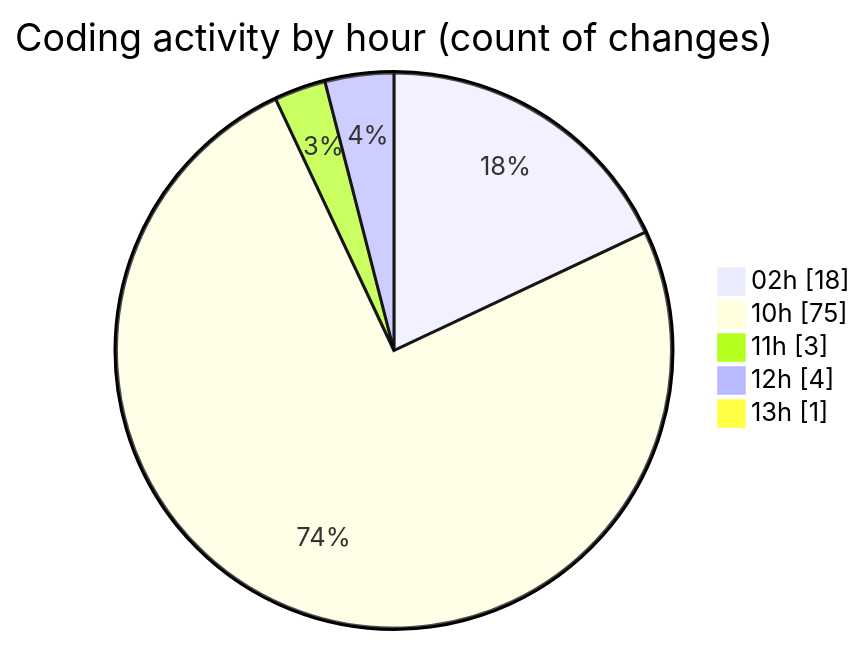
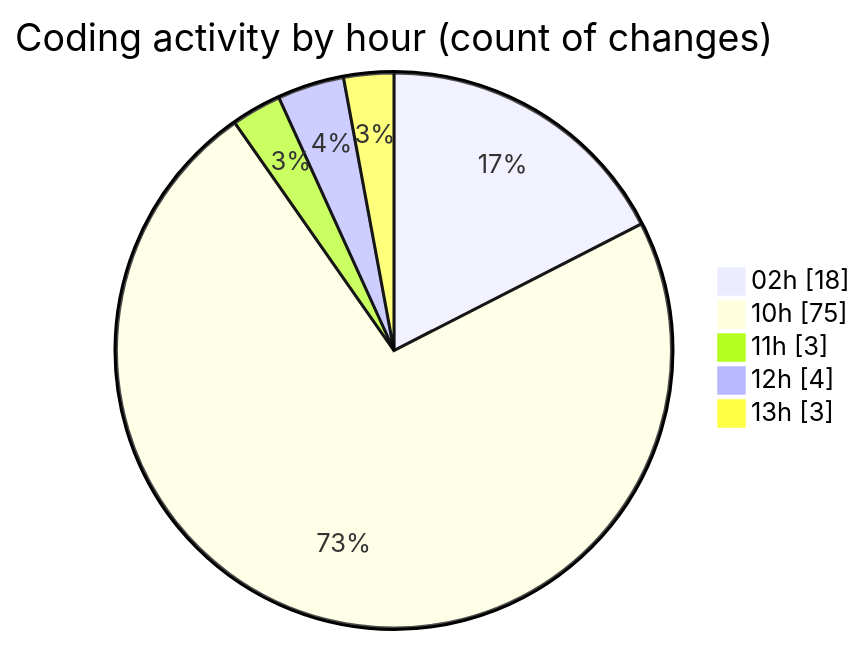
The second of 2 diagrams in 2026-07-08/twenty_versions_aminor/README.md (shibass792/code-tracking), drawn with Mermaid before and after one commit. The commit also changed other lines of this file and 1 other file, not shown here.

````diff
--- a/2026-07-08/twenty_versions_aminor/README.md
+++ b/2026-07-08/twenty_versions_aminor/README.md
@@ -33,9 +33,9 @@
 ```mermaid
 pie showData
 title Coding activity by hour (count of changes)
 "02h" : 18
 "10h" : 75
 "11h" : 3
 "12h" : 4
-"13h" : 1
+"13h" : 3
 ```
````
